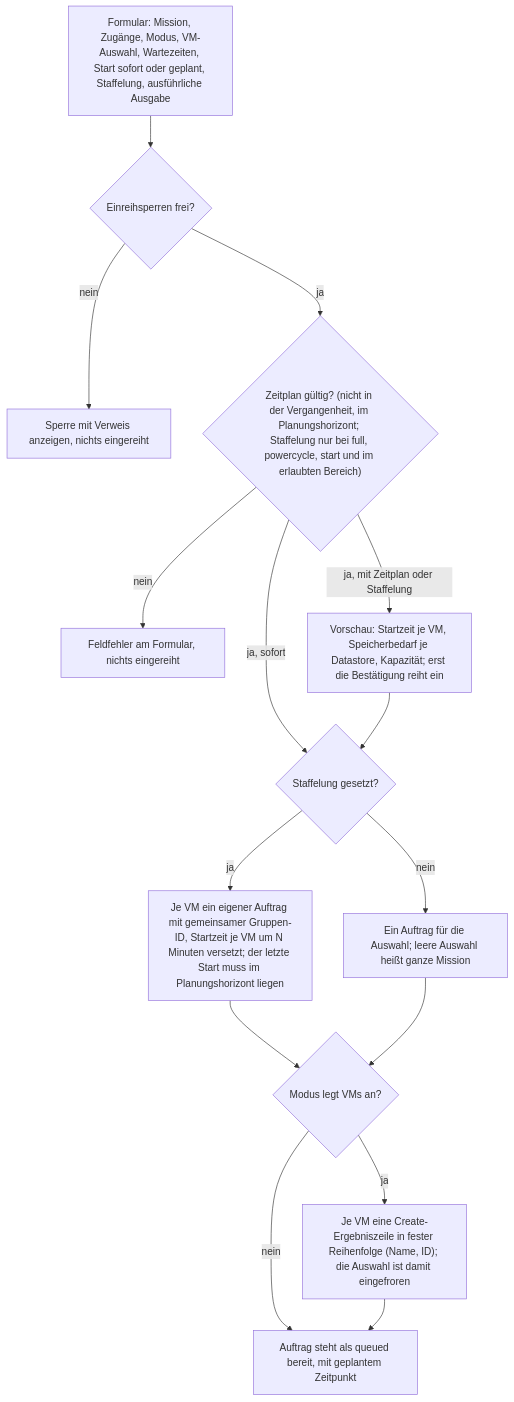
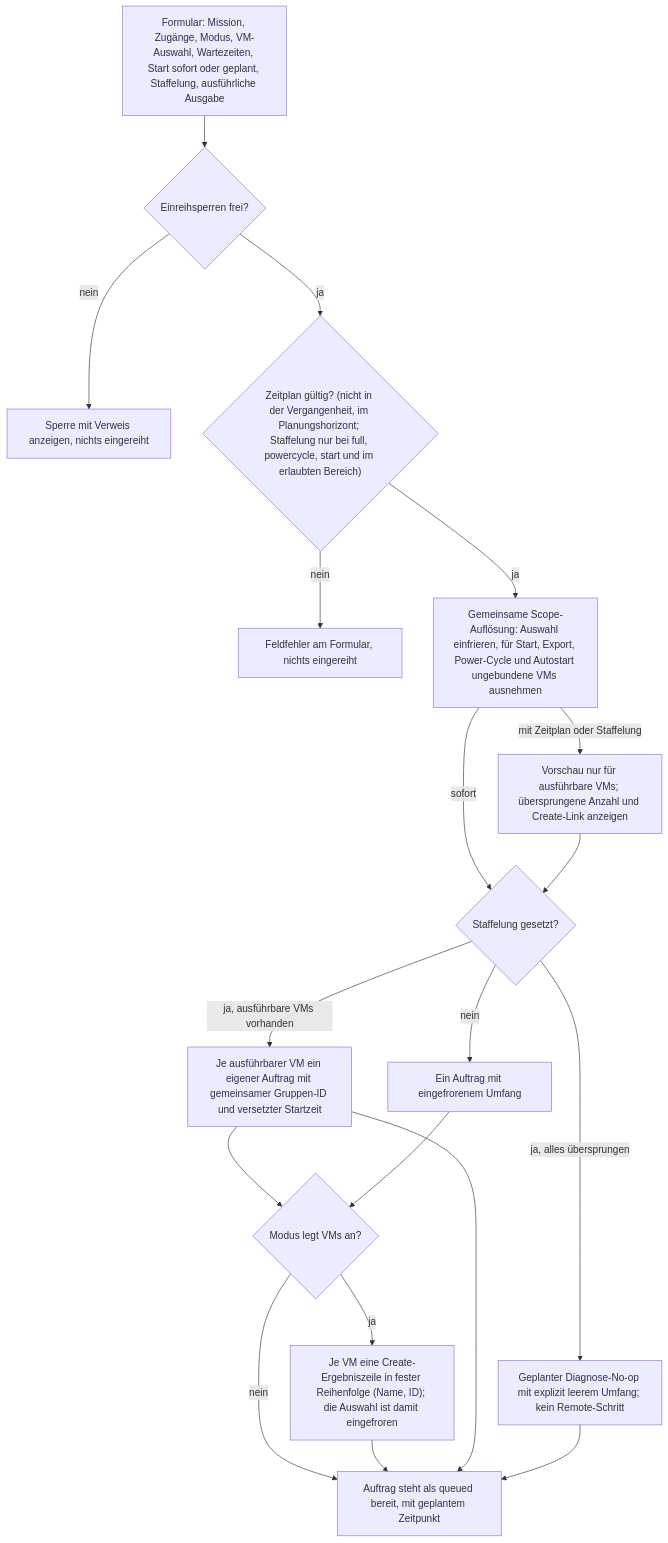
One commit to Samy94M/VirtuSphere-v2-WebApp changed the first of 13 diagrams in docs/operations/deploy-flows.md. Above: the diagram before and after it, drawn with Mermaid. The commit also changed other lines of this file and 63 other files, not shown here.

````diff
--- a/docs/operations/deploy-flows.md
+++ b/docs/operations/deploy-flows.md
@@ -25,18 +27,22 @@
 ```mermaid
 flowchart TD
   F["Formular: Mission, Zugänge, Modus, VM-Auswahl, Wartezeiten, Start sofort oder geplant, Staffelung, ausführliche Ausgabe"]
   F --> B{"Einreihsperren frei?"}
   B -->|nein| BX["Sperre mit Verweis anzeigen, nichts eingereiht"]
   B -->|ja| T{"Zeitplan gültig? (nicht in der Vergangenheit, im Planungshorizont; Staffelung nur bei full, powercycle, start und im erlaubten Bereich)"}
   T -->|nein| TX["Feldfehler am Formular, nichts eingereiht"]
-  T -->|ja, mit Zeitplan oder Staffelung| PV["Vorschau: Startzeit je VM, Speicherbedarf je Datastore, Kapazität; erst die Bestätigung reiht ein"]
-  T -->|ja, sofort| S
+  T -->|ja| R["Gemeinsame Scope-Auflösung: Auswahl einfrieren, für Start, Export, Power-Cycle und Autostart ungebundene VMs ausnehmen"]
+  R -->|mit Zeitplan oder Staffelung| PV["Vorschau nur für ausführbare VMs; übersprungene Anzahl und Create-Link anzeigen"]
+  R -->|sofort| S
   PV --> S{"Staffelung gesetzt?"}
-  S -->|ja| G["Je VM ein eigener Auftrag mit gemeinsamer Gruppen-ID, Startzeit je VM um N Minuten versetzt; der letzte Start muss im Planungshorizont liegen"]
-  S -->|nein| J["Ein Auftrag für die Auswahl; leere Auswahl heißt ganze Mission"]
+  S -->|ja, ausführbare VMs vorhanden| G["Je ausführbarer VM ein eigener Auftrag mit gemeinsamer Gruppen-ID und versetzter Startzeit"]
+  S -->|nein| J["Ein Auftrag mit eingefrorenem Umfang"]
+  S -->|ja, alles übersprungen| N["Geplanter Diagnose-No-op mit explizit leerem Umfang; kein Remote-Schritt"]
   G --> C{"Modus legt VMs an?"}
   J --> C
   C -->|ja| CR["Je VM eine Create-Ergebniszeile in fester Reihenfolge (Name, ID); die Auswahl ist damit eingefroren"]
   C -->|nein| Q
   CR --> Q["Auftrag steht als queued bereit, mit geplantem Zeitpunkt"]
+  G --> Q
+  N --> Q
 ```
````
